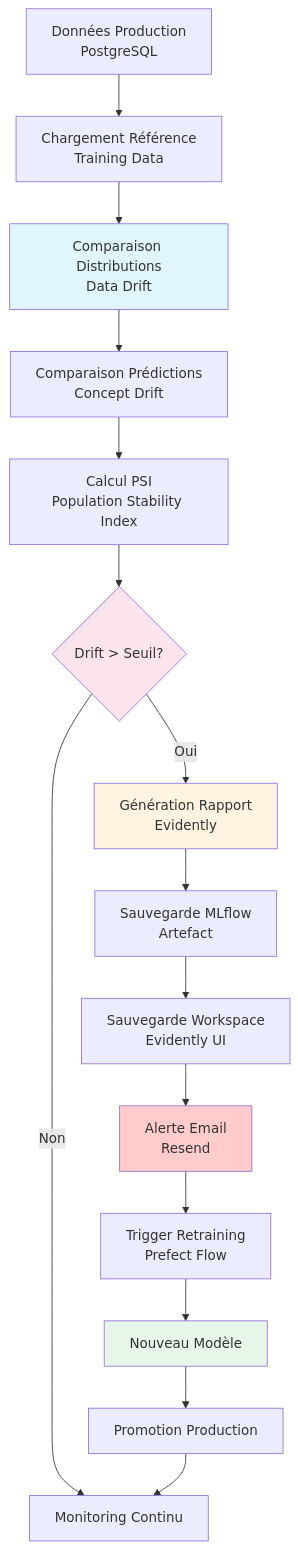
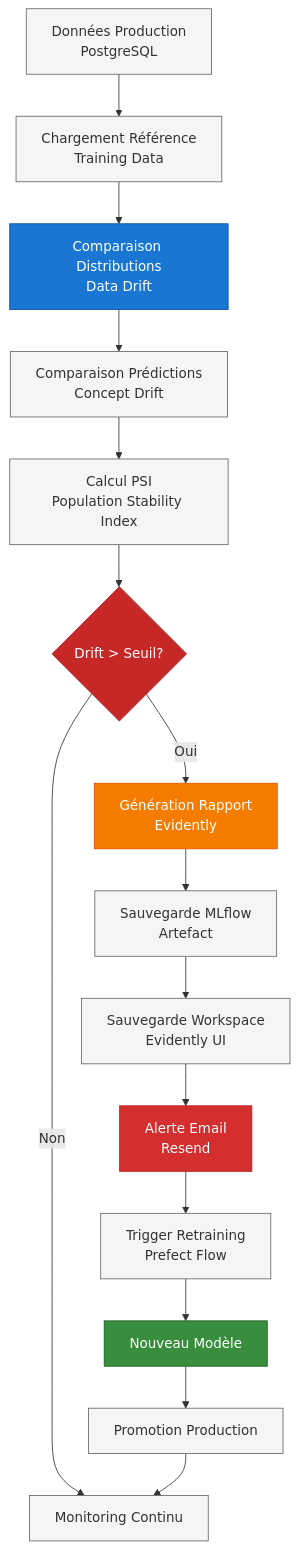
One commit to jinsudai/jinsudai changed diagram 13 of 21 in docs/ARCHITECTURE_MLOPS.md. Above: the diagram before and after it, drawn with Mermaid. The commit also changed other lines of this file and 9 other files, not shown here.

````diff
--- a/docs/ARCHITECTURE_MLOPS.md
+++ b/docs/ARCHITECTURE_MLOPS.md
@@ -455,23 +519,30 @@
 ```mermaid
 flowchart TD
+    classDef comparison fill:#1976D2,stroke:#0D47A1,color:#fff
+    classDef decision fill:#C62828,stroke:#B71C1C,color:#fff
+    classDef report fill:#F57C00,stroke:#E65100,color:#fff
+    classDef alert fill:#D32F2F,stroke:#B71C1C,color:#fff
+    classDef retraining fill:#388E3C,stroke:#1B5E20,color:#fff
+    classDef default fill:#f5f5f5,stroke:#666,color:#333
+
     A[Données Production<br/>PostgreSQL] --> B[Chargement Référence<br/>Training Data]
     B --> C[Comparaison Distributions<br/>Data Drift]
     C --> D[Comparaison Prédictions<br/>Concept Drift]
     D --> E[Calcul PSI<br/>Population Stability Index]
     E --> F{Drift > Seuil?}
     F -->|Oui| G[Génération Rapport<br/>Evidently]
     F -->|Non| H[Monitoring Continu]
     G --> I[Sauvegarde MLflow<br/>Artefact]
     I --> J[Sauvegarde Workspace<br/>Evidently UI]
     J --> K[Alerte Email<br/>Resend]
     K --> L[Trigger Retraining<br/>Prefect Flow]
     L --> M[Nouveau Modèle]
     M --> N[Promotion Production]
     N --> H
-    
-    style C fill:#e1f5ff
-    style F fill:#fce4ec
-    style G fill:#fff4e1
-    style K fill:#ffcccb
-    style M fill:#e8f5e9
+
+    class C comparison
+    class F decision
+    class G report
+    class K alert
+    class M retraining
 ```
````
